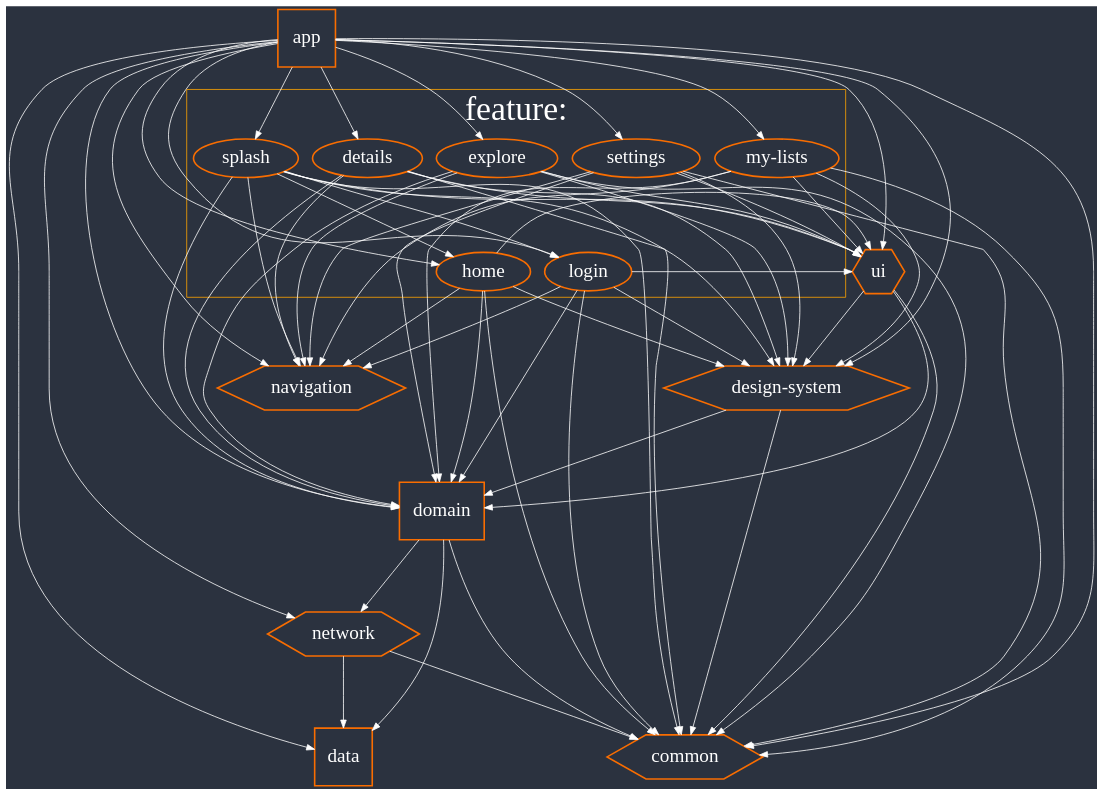
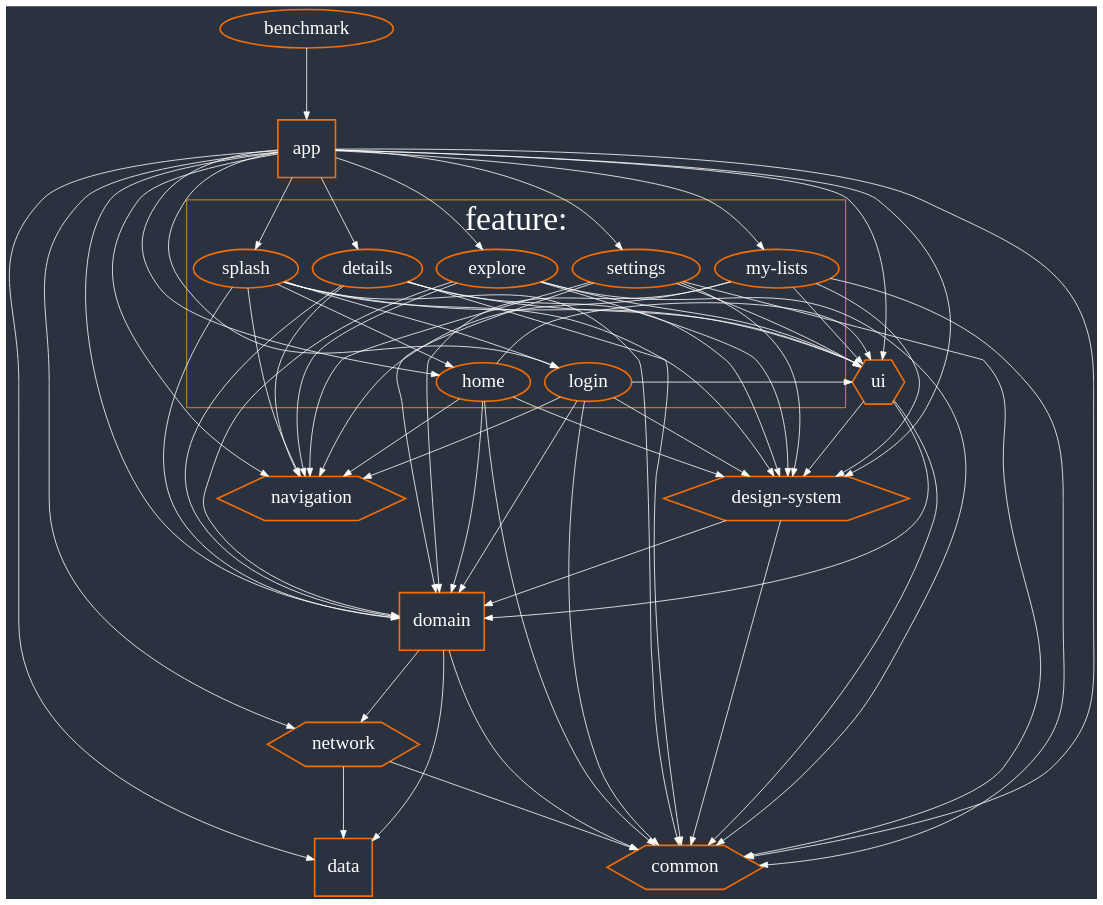
Before and after one commit to enesky/Doodle: the diagram in tools/dependency-graph/project_digraph.dot, drawn with Graphviz. The commit also changed 11 other files, not shown here.

```diff
--- a/tools/dependency-graph/project_digraph.dot
+++ b/tools/dependency-graph/project_digraph.dot
@@ -1,83 +1,84 @@
 digraph {
 
     // General settings
     graph [fontsize=42, ranksep=1.25, bgcolor="#2B323F", fontcolor=white];
     node [style=bold, color="#F96D00", fontsize=24, fontcolor=white];
     edge [color=white];
     rankdir=TB; # Top to bottom
 
     // Main module settings
     "app", "data", "domain" [shape=box, height="1", width="1"];
 
     // Helper module setters
     "common", "design-system", "ui", "network", "navigation" [shape=hexagon];
 
     subgraph cluster_feature {
         label="feature:";
         color=orange;
         "login", "home", "details", "explore", "settings", "my-lists", "splash";
     }
 
     # Dependencies
     "app" -> "common"
     "app" -> "data"
     "app" -> "design-system"
     "app" -> "domain"
     "app" -> "network"
     "app" -> "navigation"
     "app" -> "ui"
     "app" -> "login"
     "app" -> "home"
     "app" -> "details"
     "app" -> "explore"
     "app" -> "my-lists"
     "app" -> "settings"
     "app" -> "splash"
     "design-system" -> "common"
     "design-system" -> "domain"
     "domain" -> "common"
     "domain" -> "data"
     "domain" -> "network"
     "network" -> "common"
     "network" -> "data"
     "ui" -> "common"
     "ui" -> "domain"
     "ui" -> "design-system"
     "login" -> "domain"
     "login" -> "common"
     "login" -> "design-system"
     "login" -> "navigation"
     "login" -> "ui"
     "home" -> "domain"
     "home" -> "common"
     "home" -> "design-system"
     "home" -> "navigation"
     "home" -> "ui"
     "details" -> "domain"
     "details" -> "common"
     "details" -> "design-system"
     "details" -> "navigation"
     "details" -> "ui"
     "explore" -> "domain"
     "explore" -> "common"
     "explore" -> "design-system"
     "explore" -> "navigation"
     "explore" -> "ui"
     "my-lists" -> "domain"
     "my-lists" -> "common"
     "my-lists" -> "design-system"
     "my-lists" -> "navigation"
     "my-lists" -> "ui"
     "settings" -> "domain"
     "settings" -> "common"
     "settings" -> "design-system"
     "settings" -> "navigation"
     "settings" -> "ui"
     "splash" -> "domain"
     "splash" -> "common"
     "splash" -> "design-system"
     "splash" -> "navigation"
     "splash" -> "ui"
     "splash" -> "home"
     "splash" -> "login"
+    "benchmark" -> "app"
 }
```
